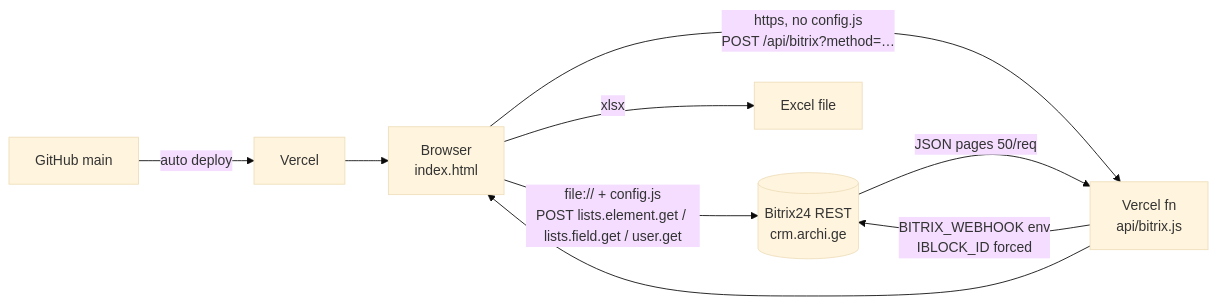
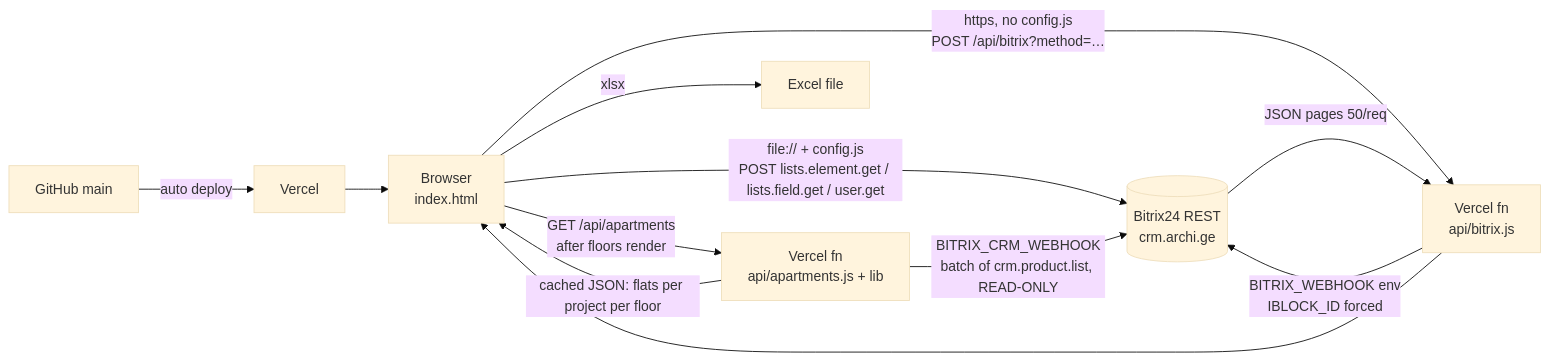
The diagram in docs/ARCHITECTURE.md (refreshg/floor_gadanacileba), drawn with Mermaid (base theme) before and after one commit. The commit also changed other lines of this file and 6 other files, not shown here.

````diff
--- a/docs/ARCHITECTURE.md
+++ b/docs/ARCHITECTURE.md
@@ -15,10 +17,13 @@
 ```mermaid
 flowchart LR
   U[Browser<br/>index.html] -->|file:// + config.js<br/>POST lists.element.get / lists.field.get / user.get| B[(Bitrix24 REST<br/>crm.archi.ge)]
   U -->|https, no config.js<br/>POST /api/bitrix?method=…| P[Vercel fn<br/>api/bitrix.js]
   P -->|BITRIX_WEBHOOK env<br/>IBLOCK_ID forced| B
   B -->|JSON pages 50/req| P --> U
+  U -->|GET /api/apartments<br/>after floors render| A[Vercel fn<br/>api/apartments.js + lib]
+  A -->|BITRIX_CRM_WEBHOOK<br/>batch of crm.product.list, READ-ONLY| B
+  A -->|cached JSON: flats per project per floor| U
   U -->|xlsx| X[Excel file]
   G[GitHub main] -->|auto deploy| V[Vercel]
   V --> U
 ```
````
